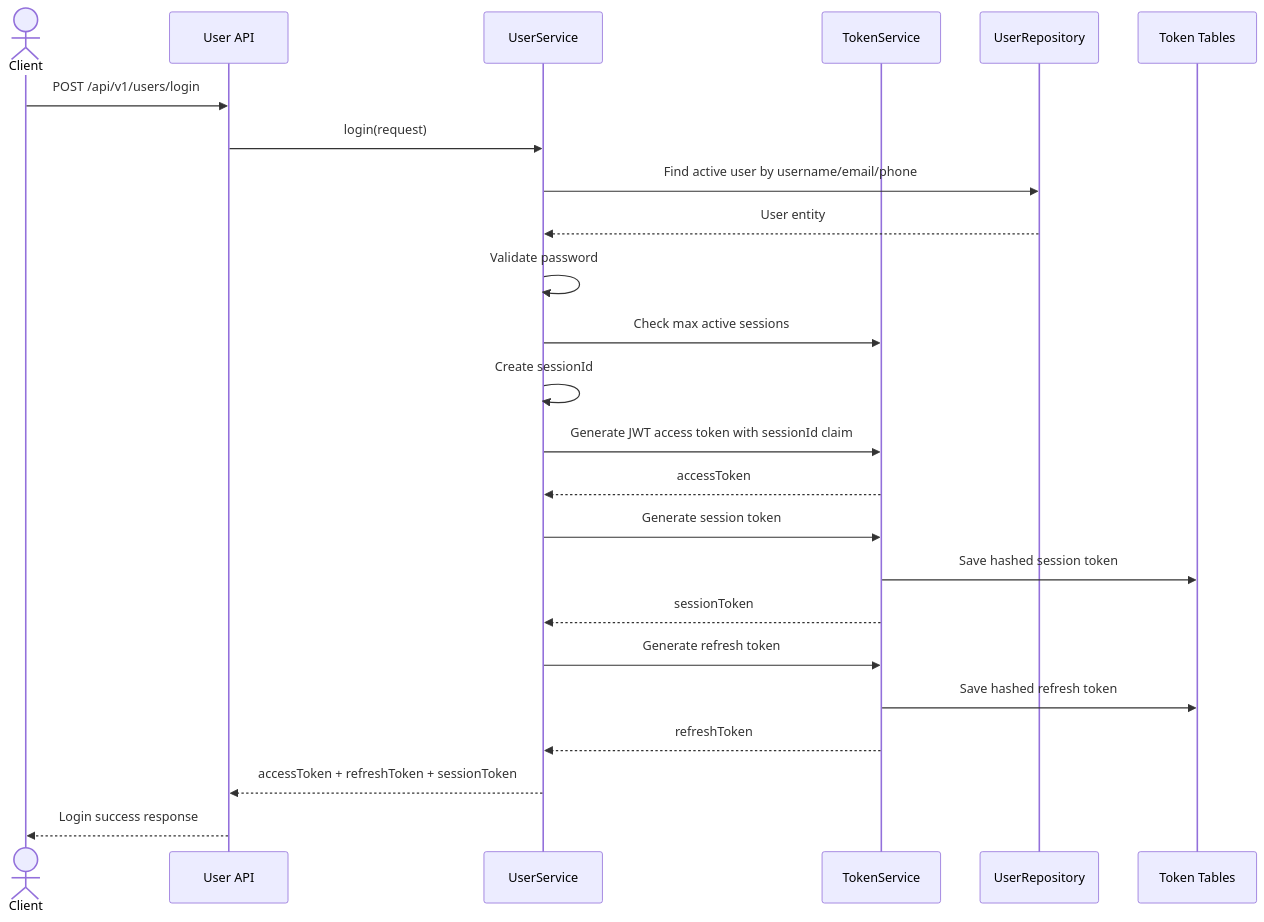
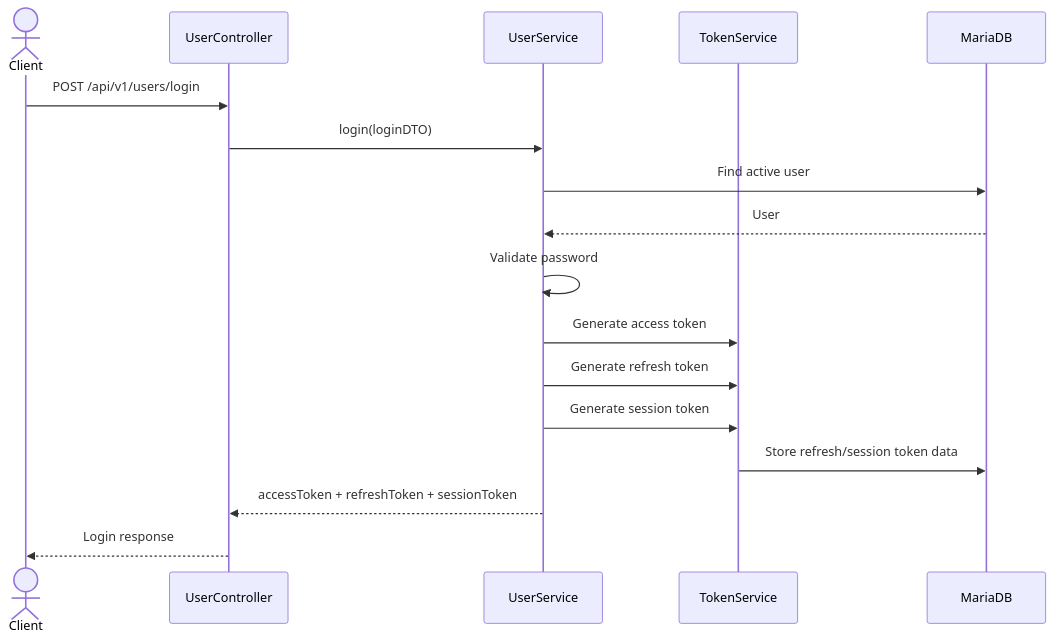
One commit to JustinBui22/wandermate-fullstack changed the first of 4 diagrams in backend/docs/AUTH_FLOW.md. Above: the diagram before and after it, drawn with Mermaid. The commit also changed other lines of this file and 6 other files, not shown here.

````diff
--- a/backend/docs/AUTH_FLOW.md
+++ b/backend/docs/AUTH_FLOW.md
@@ -47,27 +47,20 @@
 ```mermaid
 sequenceDiagram
     actor Client
-    participant UserAPI as User API
-    participant UserService
+    participant Controller as UserController
+    participant Service as UserService
     participant TokenService
-    participant UserRepo as UserRepository
-    participant TokenDB as Token Tables
+    participant DB as MariaDB
 
-    Client->>UserAPI: POST /api/v1/users/login
-    UserAPI->>UserService: login(request)
-    UserService->>UserRepo: Find active user by username/email/phone
-    UserRepo-->>UserService: User entity
-    UserService->>UserService: Validate password
-    UserService->>TokenService: Check max active sessions
-    UserService->>UserService: Create sessionId
-    UserService->>TokenService: Generate JWT access token with sessionId claim
-    TokenService-->>UserService: accessToken
-    UserService->>TokenService: Generate session token
-    TokenService->>TokenDB: Save hashed session token
-    TokenService-->>UserService: sessionToken
-    UserService->>TokenService: Generate refresh token
-    TokenService->>TokenDB: Save hashed refresh token
-    TokenService-->>UserService: refreshToken
-    UserService-->>UserAPI: accessToken + refreshToken + sessionToken
-    UserAPI-->>Client: Login success response
+    Client->>Controller: POST /api/v1/users/login
+    Controller->>Service: login(loginDTO)
+    Service->>DB: Find active user
+    DB-->>Service: User
+    Service->>Service: Validate password
+    Service->>TokenService: Generate access token
+    Service->>TokenService: Generate refresh token
+    Service->>TokenService: Generate session token
+    TokenService->>DB: Store refresh/session token data
+    Service-->>Controller: accessToken + refreshToken + sessionToken
+    Controller-->>Client: Login response
 ```
````
